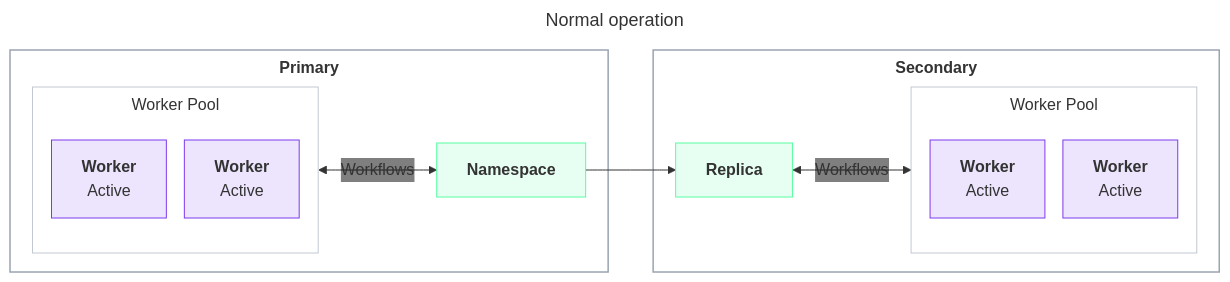
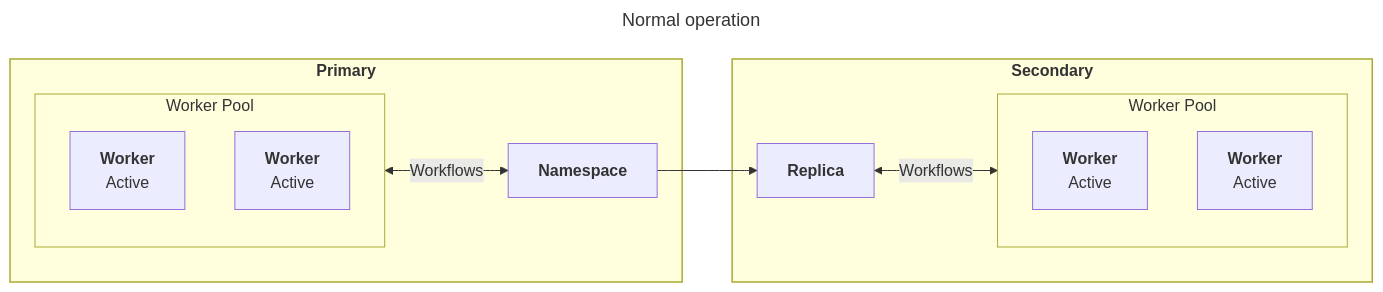
One commit to temporalio/documentation changed diagram 13 of 15 in docs/cloud/high-availability/architecture-patterns.mdx. Above: the diagram before and after it, drawn with Mermaid. The commit also changed other lines of this file and 15 other files, not shown here.

First line of the commit message:
Refactor Mermaid diagrams for improved clarity and consistency across documentation

````diff
--- a/docs/cloud/high-availability/architecture-patterns.mdx
+++ b/docs/cloud/high-availability/architecture-patterns.mdx
@@ -528,30 +506,29 @@
 ```mermaid
 ---
 title: Normal operation
 ---
-%%{init: {'themeVariables':{'fontFamily':'Inter, ui-sans-serif, system-ui, sans-serif','edgeLabelBackground':'transparent'},'flowchart':{'nodeSpacing':18,'rankSpacing':45,'curve':'basis','subGraphTitleMargin':{'top':6,'bottom':12}}}}%%
 flowchart LR
-    classDef worker fill:#7C3AED22,stroke:#7C3AED,stroke-width:1px;
-    classDef ns fill:#59FDA024,stroke:#59FDA0,stroke-width:1px;
-    classDef region fill:transparent,stroke:#9aa4b2,stroke-width:1.5px;
-    classDef pool fill:transparent,stroke:#c2c8d2,stroke-width:1px;
+    classDef worker stroke-width:1px;
+    classDef ns stroke-width:1px;
+    classDef region stroke-width:1.5px;
+    classDef pool stroke-width:1px;
     subgraph APRIM["<b>Primary</b>"]
       subgraph AWP["Worker Pool"]
         AW1["<b>Worker</b><br/>Active"]:::worker
         AW2["<b>Worker</b><br/>Active"]:::worker
       end
       ANS["<b>Namespace</b>"]:::ns
       AWP <-->|Workflows| ANS
     end
     subgraph ASEC["<b>Secondary</b>"]
       AR["<b>Replica</b>"]:::ns
       subgraph AWP2["Worker Pool"]
         AS1["<b>Worker</b><br/>Active"]:::worker
         AS2["<b>Worker</b><br/>Active"]:::worker
       end
       AR <-->|Workflows| AWP2
     end
     ANS --> AR
     class APRIM,ASEC region
     class AWP,AWP2 pool
 ```
````
